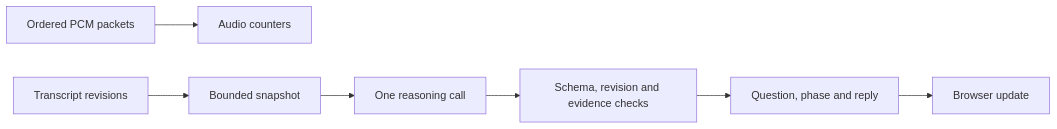
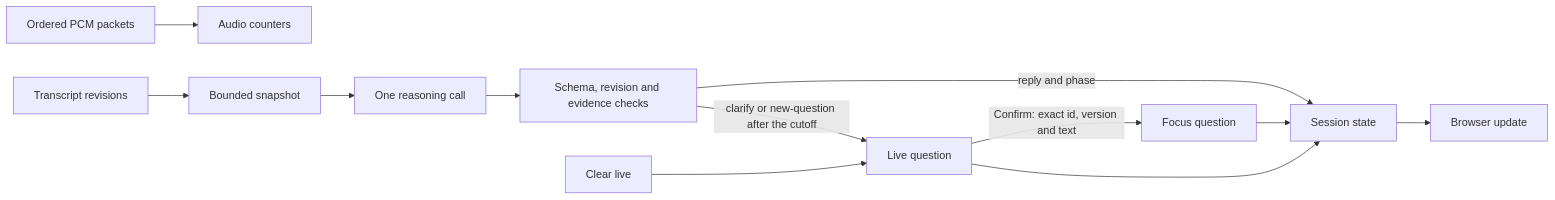
One commit to Elustondo-ai/alice.good.meetings changed the diagram in poc/session.md. Above: the diagram before and after it, drawn with Mermaid. The commit also changed other lines of this file and 62 other files, not shown here.

First line of the commit message:
Implement UC-04 Focus/Live question and close SPRINT-001 as unfinished

````diff
--- a/poc/session.md
+++ b/poc/session.md
@@ -5,9 +5,14 @@
 ```mermaid
 flowchart LR
   Audio[Ordered PCM packets] --> Counts[Audio counters]
   Text[Transcript revisions] --> Snapshot[Bounded snapshot]
   Snapshot --> Agent[One reasoning call]
   Agent --> Validate[Schema, revision and evidence checks]
-  Validate --> State[Question, phase and reply]
+  Validate -->|clarify or new-question after the cutoff| Live[Live question]
+  Reset[Clear live] --> Live
+  Live -->|Confirm: exact id, version and text| Focus[Focus question]
+  Validate -->|reply and phase| State[Session state]
+  Focus --> State
+  Live --> State
   State --> Browser[Browser update]
 ```
````
